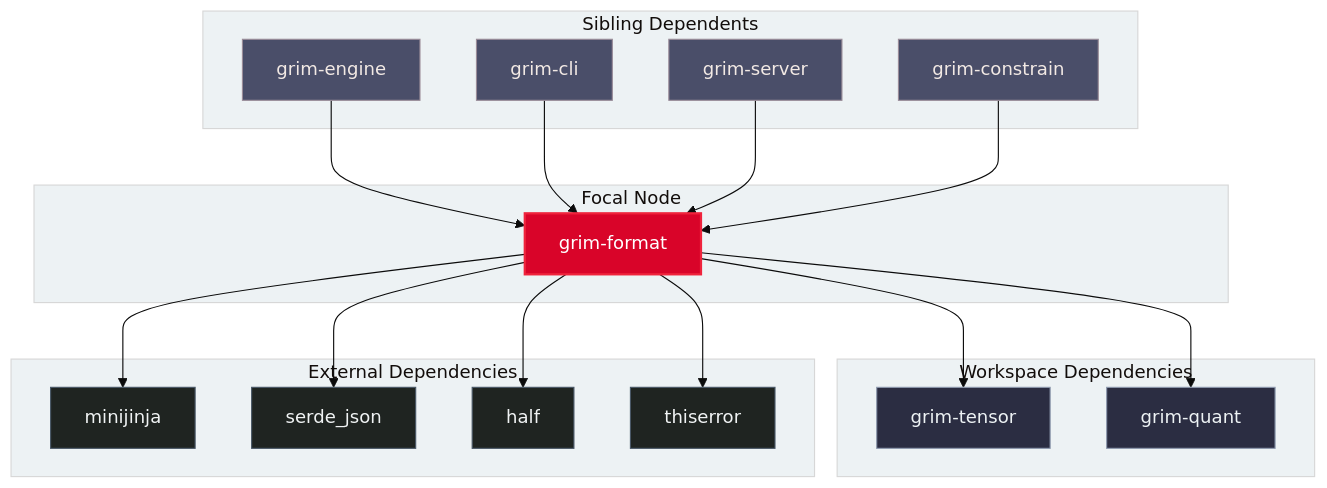
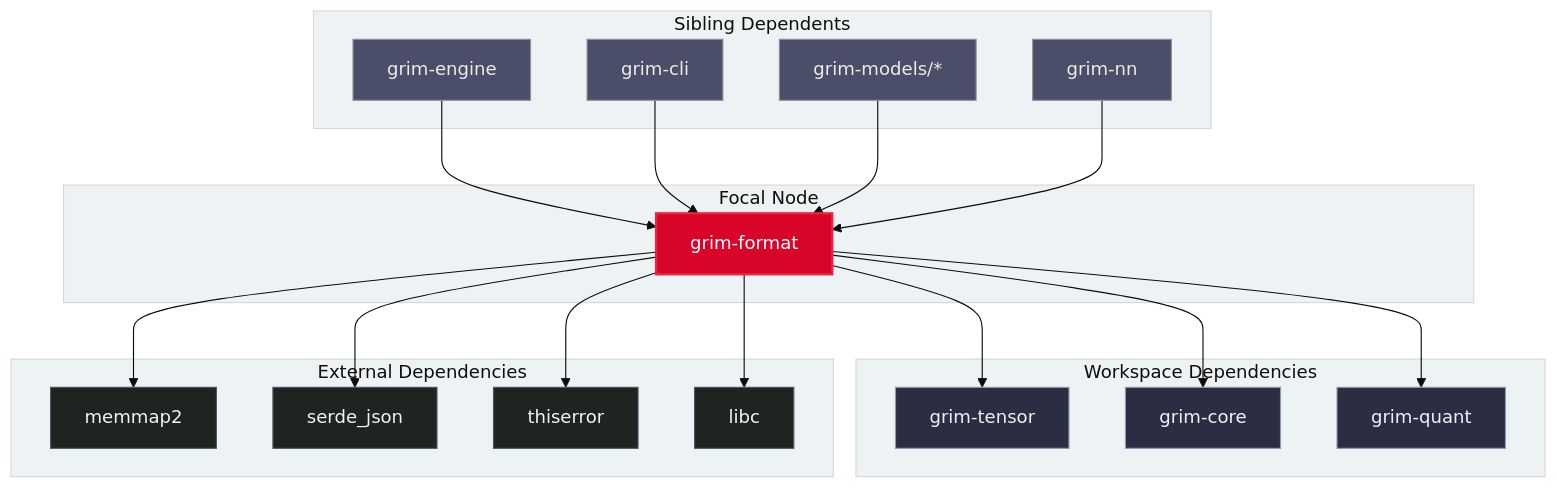
The diagram in crates/grim-format/README.md (sydonayrex/grim), drawn with Mermaid before and after one commit. The commit also changed other lines of this file and 17 other files, not shown here.

````diff
--- a/crates/grim-format/README.md
+++ b/crates/grim-format/README.md
@@ -14,48 +16,50 @@
 ```mermaid
 %%{init: {'theme': 'base', 'themeVariables': { 'primaryColor': '#2b2d42', 'edgeLabelBackground':'#ffffff', 'tertiaryColor': '#edf2f4'}}}%%
 flowchart TD
     subgraph Sibling Dependents
         grim_engine["grim-engine"]
         grim_cli["grim-cli"]
-        grim_server["grim-server"]
-        grim_constrain["grim-constrain"]
+        grim_models["grim-models/*"]
+        grim_nn["grim-nn"]
     end
 
     subgraph Focal Node
         grim_format["grim-format"]
     end
 
     subgraph Workspace Dependencies
         grim_tensor["grim-tensor"]
+        grim_core["grim-core"]
         grim_quant["grim-quant"]
     end
 
     subgraph External Dependencies
-        minijinja["minijinja"]
+        memmap2["memmap2"]
         serde_json["serde_json"]
-        half["half"]
         thiserror["thiserror"]
+        libc["libc"]
     end
 
     grim_engine --> grim_format
     grim_cli --> grim_format
-    grim_server --> grim_format
-    grim_constrain --> grim_format
+    grim_models --> grim_format
+    grim_nn --> grim_format
 
     grim_format --> grim_tensor
+    grim_format --> grim_core
     grim_format --> grim_quant
-    grim_format --> minijinja
+    grim_format --> memmap2
     grim_format --> serde_json
-    grim_format --> half
     grim_format --> thiserror
+    grim_format --> libc
 
     classDef focal fill:#d90429,stroke:#ef233c,stroke-width:2px,color:#ffffff;
     classDef workspace fill:#2b2d42,stroke:#8d99ae,stroke-width:1px,color:#edf2f4;
     classDef sibling fill:#4a4e69,stroke:#9a8c98,stroke-width:1px,color:#f2e9e4;
     classDef external fill:#1f2421,stroke:#495867,stroke-width:1px,color:#f0f3f4;
 
     class grim_format focal;
-    class grim_tensor,grim_quant workspace;
-    class grim_engine,grim_cli,grim_server,grim_constrain sibling;
-    class minijinja,serde_json,half,thiserror external;
+    class grim_tensor,grim_core,grim_quant workspace;
+    class grim_engine,grim_cli,grim_models,grim_nn sibling;
+    class memmap2,serde_json,thiserror,libc external;
 ```
````
